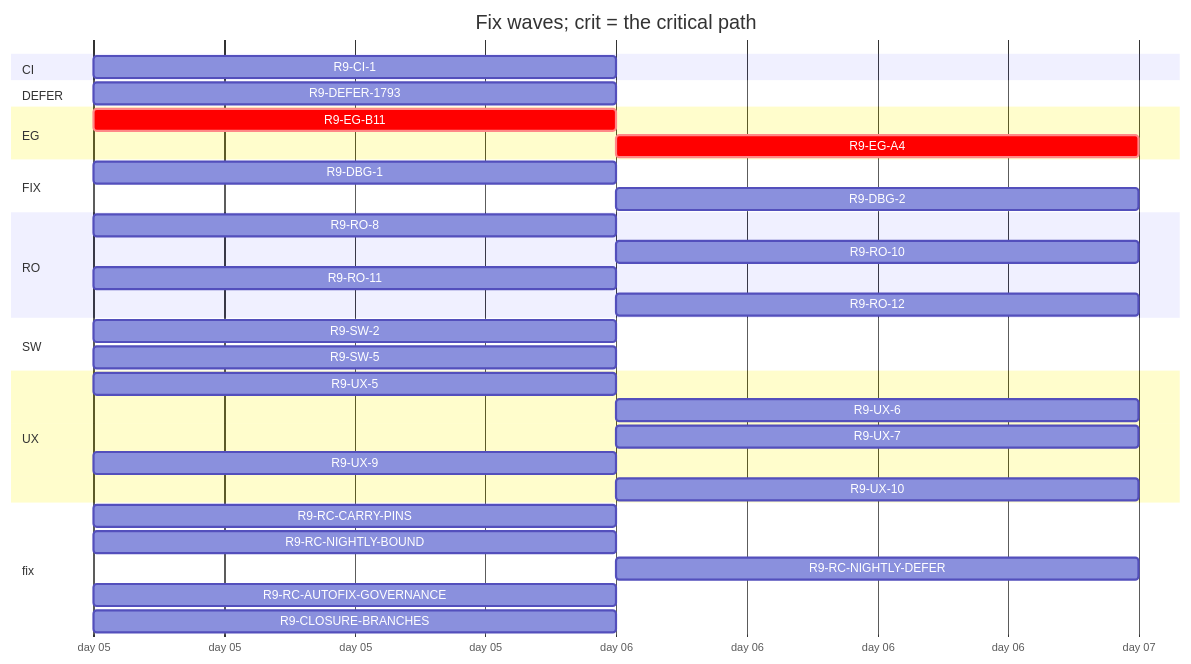
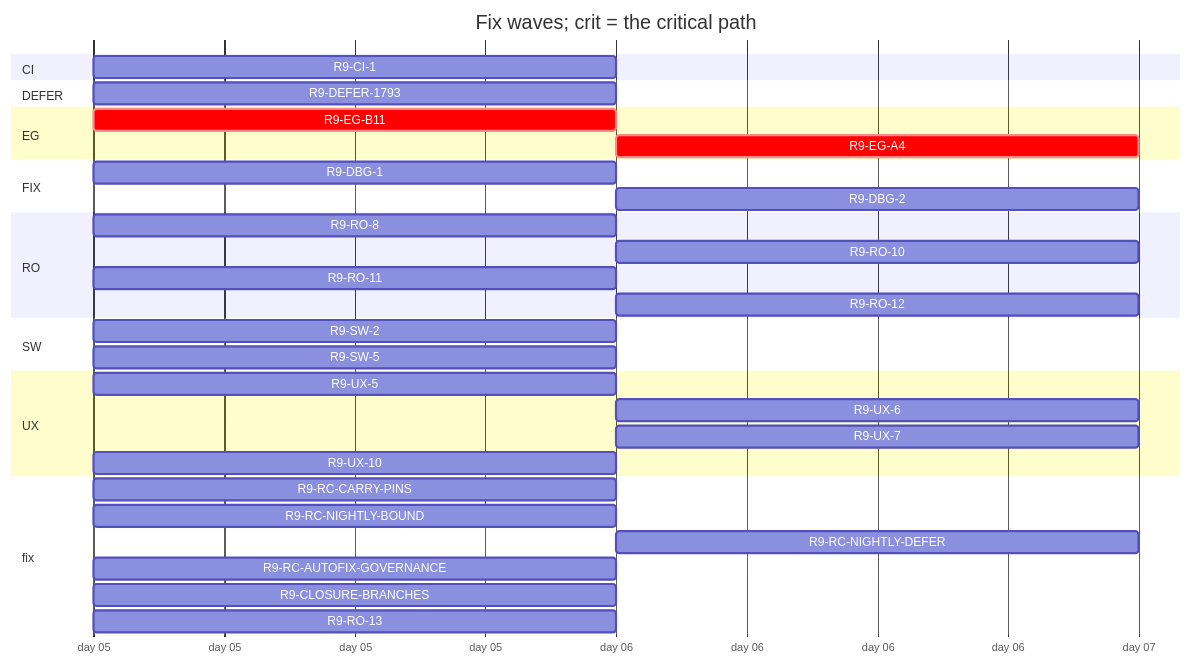
Before and after one commit to tvofi/heatpump_optimizer: the diagram in handoff/round9/state/PLAN-TABLE.md, drawn with Mermaid. The commit also changed other lines of this file and 2 other files, not shown here.

Commit message:
state: after #2024 merge; batch pass running

````diff
--- a/handoff/round9/state/PLAN-TABLE.md
+++ b/handoff/round9/state/PLAN-TABLE.md
@@ -21,36 +21,36 @@
 ```mermaid
 gantt
   title Fix waves; crit = the critical path
   dateFormat YYYY-MM-DD
   axisFormat day %d
   section CI
     R9-CI-1 :r9CI1, 2026-01-05, 1d
   section DEFER
     R9-DEFER-1793 :r9DEFER1793, 2026-01-05, 1d
   section EG
     R9-EG-B11 :crit, r9EGB11, 2026-01-05, 1d
     R9-EG-A4 :crit, r9EGA4, after r9EGB11, 1d
   section FIX
     R9-DBG-1 :r9DBG1, 2026-01-05, 1d
     R9-DBG-2 :r9DBG2, after r9DBG1, 1d
   section RO
     R9-RO-8 :r9RO8, 2026-01-05, 1d
     R9-RO-10 :r9RO10, after r9RO8, 1d
     R9-RO-11 :r9RO11, 2026-01-05, 1d
     R9-RO-12 :r9RO12, after r9CI1, 1d
   section SW
     R9-SW-2 :r9SW2, 2026-01-05, 1d
     R9-SW-5 :r9SW5, 2026-01-05, 1d
   section UX
     R9-UX-5 :r9UX5, 2026-01-05, 1d
     R9-UX-6 :r9UX6, after r9EGB11 r9UX5, 1d
     R9-UX-7 :r9UX7, after r9EGB11 r9UX5, 1d
-    R9-UX-9 :r9UX9, 2026-01-05, 1d
-    R9-UX-10 :r9UX10, after r9UX9, 1d
+    R9-UX-10 :r9UX10, 2026-01-05, 1d
   section fix
     R9-RC-CARRY-PINS :r9RCCARRYPINS, 2026-01-05, 1d
     R9-RC-NIGHTLY-BOUND :r9RCNIGHTLYBOUND, 2026-01-05, 1d
     R9-RC-NIGHTLY-DEFER :r9RCNIGHTLYDEFER, after r9RCNIGHTLYBOUND, 1d
     R9-RC-AUTOFIX-GOVERNANCE :r9RCAUTOFIXGOVERNANCE, 2026-01-05, 1d
     R9-CLOSURE-BRANCHES :r9CLOSUREBRANCHES, 2026-01-05, 1d
+    R9-RO-13 :r9RO13, 2026-01-05, 1d
 ```
````
